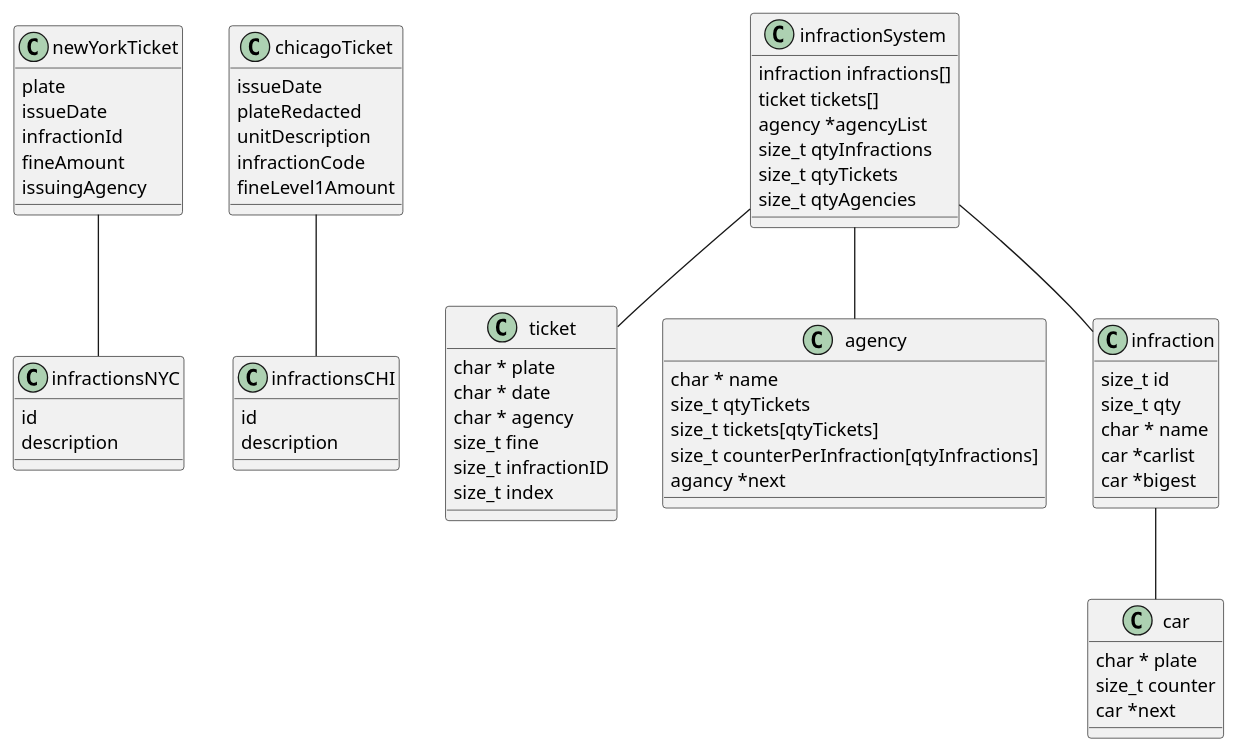
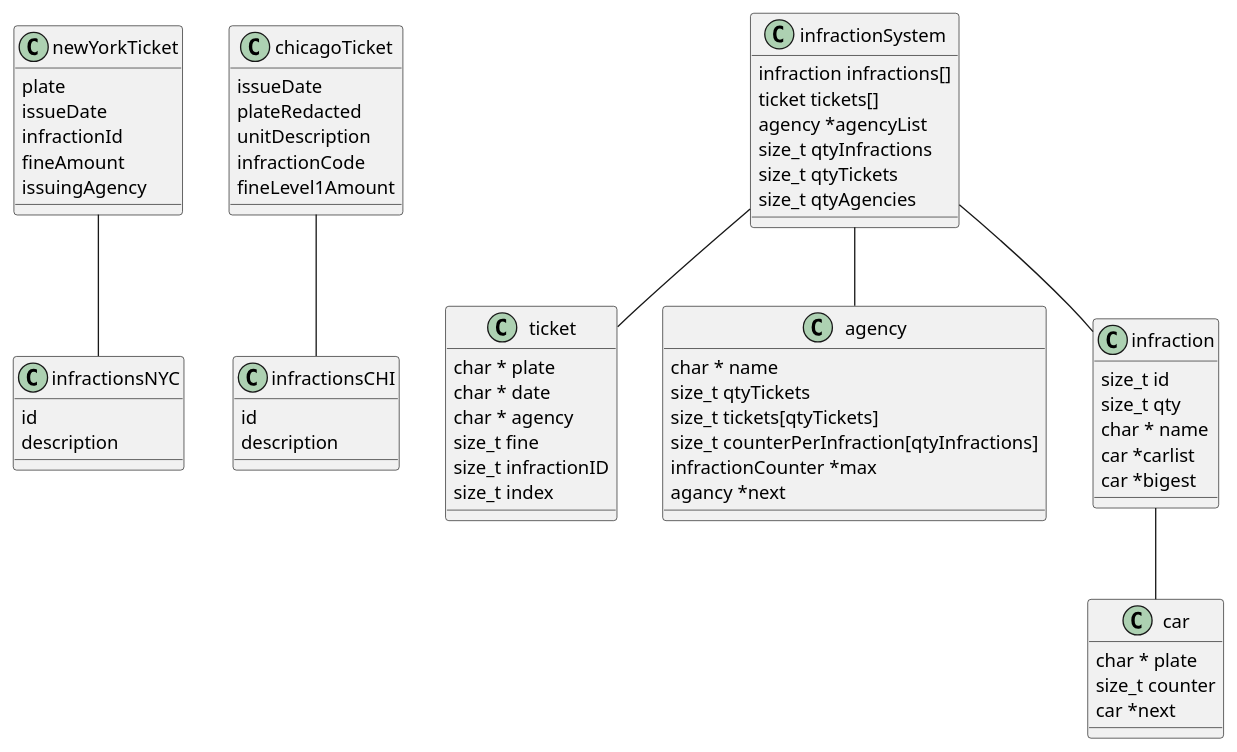
Before and after one commit to AugustoOspal/Proyecto_Final_PI: the diagram in structure_objects.puml, drawn with PlantUML. The commit also changed 1 other file, not shown here.

Commit message:
Change addAgencyRec, addInfraction, addCarRec

```diff
--- a/structure_objects.puml
+++ b/structure_objects.puml
@@ -1,88 +1,89 @@
 @startuml
 
 class newYorkTicket
 {
     plate
     issueDate
     infractionId
     fineAmount
     issuingAgency
 }
 
 class infractionsNYC
 {
     id
     description
 }
 
 class chicagoTicket
 {
     issueDate
     plateRedacted
     unitDescription
     infractionCode
     fineLevel1Amount
 }
 
 class infractionsCHI
 {
     id
     description
 }
 
 class ticket
 {
     char * plate
     char * date
     char * agency
     size_t fine
     size_t infractionID
     size_t index
 }
 
 newYorkTicket -- infractionsNYC
 chicagoTicket -- infractionsCHI
 
 ' Ideas
 class car
 {
     char * plate
     size_t counter
     car *next
 }
 
 class agency
 {
     char * name
     'vector of positions for tickets in city
     size_t qtyTickets
     size_t tickets[qtyTickets]
     size_t counterPerInfraction[qtyInfractions]
+    infractionCounter *max
     agancy *next
 }
 
 class infraction
 {
     size_t id
     size_t qty
     char * name
     car *carlist
     car *bigest
 }
 
 class infractionSystem
 {
     infraction infractions[]
     ticket tickets[]
     agency *agencyList
     size_t qtyInfractions
     size_t qtyTickets
     size_t qtyAgencies
 }
 
 infractionSystem -- agency
 infractionSystem -- ticket
 infractionSystem -- infraction
 infraction -- car
 
 @enduml
```
